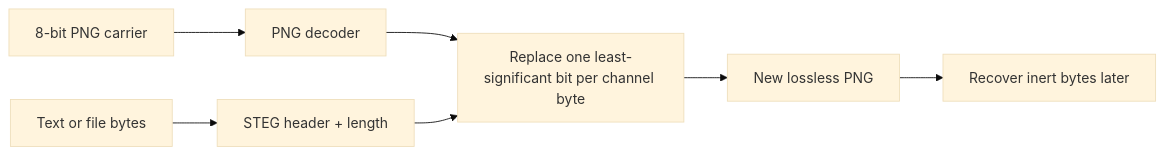
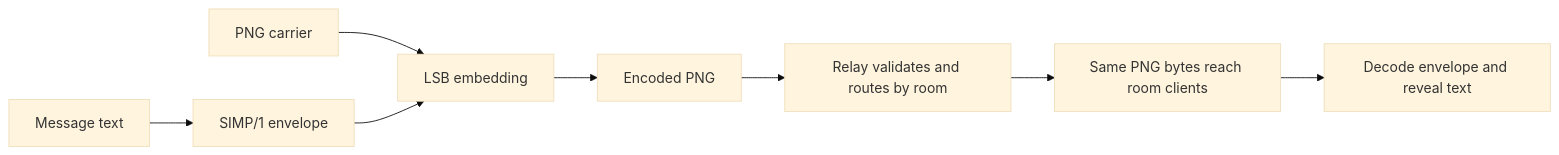
One commit to davidrencse/SIMP changed the diagram in README.md. Above: the diagram before and after it, drawn with Mermaid (base theme). The commit also changed other lines of this file and 7 other files, not shown here.

````diff
--- a/README.md
+++ b/README.md
@@ -102,9 +171,10 @@
 ```mermaid
 flowchart LR
-    A[8-bit PNG carrier] --> C[PNG decoder]
-    B[Text or file bytes] --> D[STEG header + length]
-    C --> E[Replace one least-significant bit per channel byte]
-    D --> E
-    E --> F[New lossless PNG]
-    F --> G[Recover inert bytes later]
+    A[Message text] --> B[SIMP/1 envelope]
+    C[PNG carrier] --> D[LSB embedding]
+    B --> D
+    D --> E[Encoded PNG]
+    E --> F[Relay validates and routes by room]
+    F --> G[Same PNG bytes reach room clients]
+    G --> H[Decode envelope and reveal text]
 ```
````
